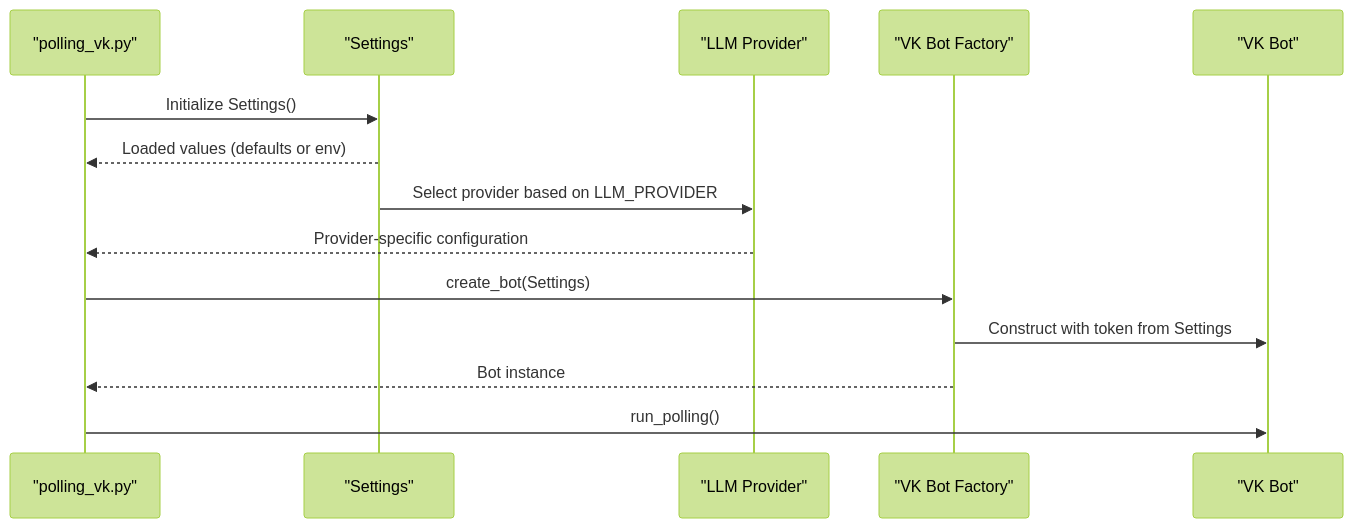
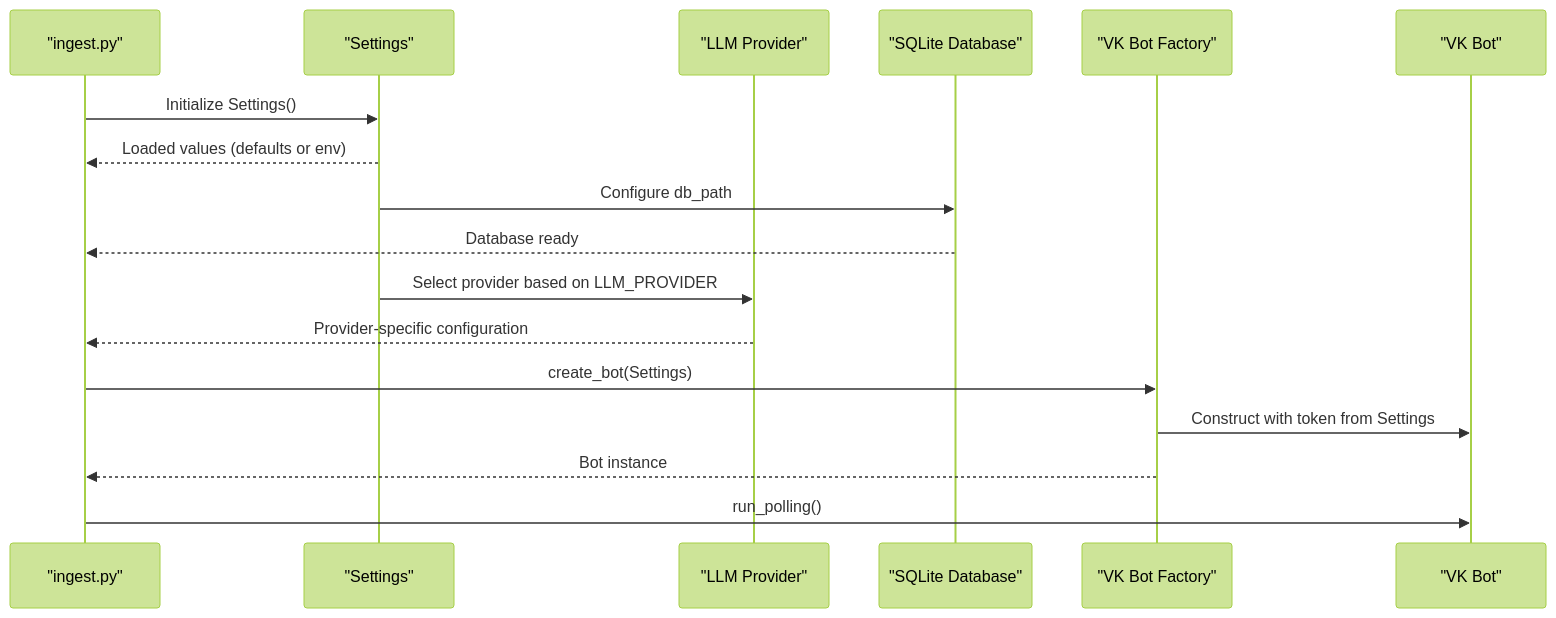
One commit to ognelis/cafetera_hr_bot changed the second of 7 diagrams in .qoder/repowiki/en/content/Configuration Management.md. Above: the diagram before and after it, drawn with Mermaid (forest theme). The commit also changed other lines of this file and 9 other files, not shown here.

````diff
--- a/.qoder/repowiki/en/content/Configuration Management.md
+++ b/.qoder/repowiki/en/content/Configuration Management.md
@@ -114,16 +123,19 @@
 ```mermaid
 sequenceDiagram
-participant Script as "polling_vk.py"
+participant Script as "ingest.py"
 participant Settings as "Settings"
 participant Provider as "LLM Provider"
+participant Storage as "SQLite Database"
 participant VKBot as "VK Bot Factory"
 participant VK as "VK Bot"
 Script->>Settings : Initialize Settings()
 Settings-->>Script : Loaded values (defaults or env)
+Settings->>Storage : Configure db_path
+Storage-->>Script : Database ready
 Settings->>Provider : Select provider based on LLM_PROVIDER
 Provider-->>Script : Provider-specific configuration
 Script->>VKBot : create_bot(Settings)
 VKBot->>VK : Construct with token from Settings
 VKBot-->>Script : Bot instance
 Script->>VK : run_polling()
 ```
````
